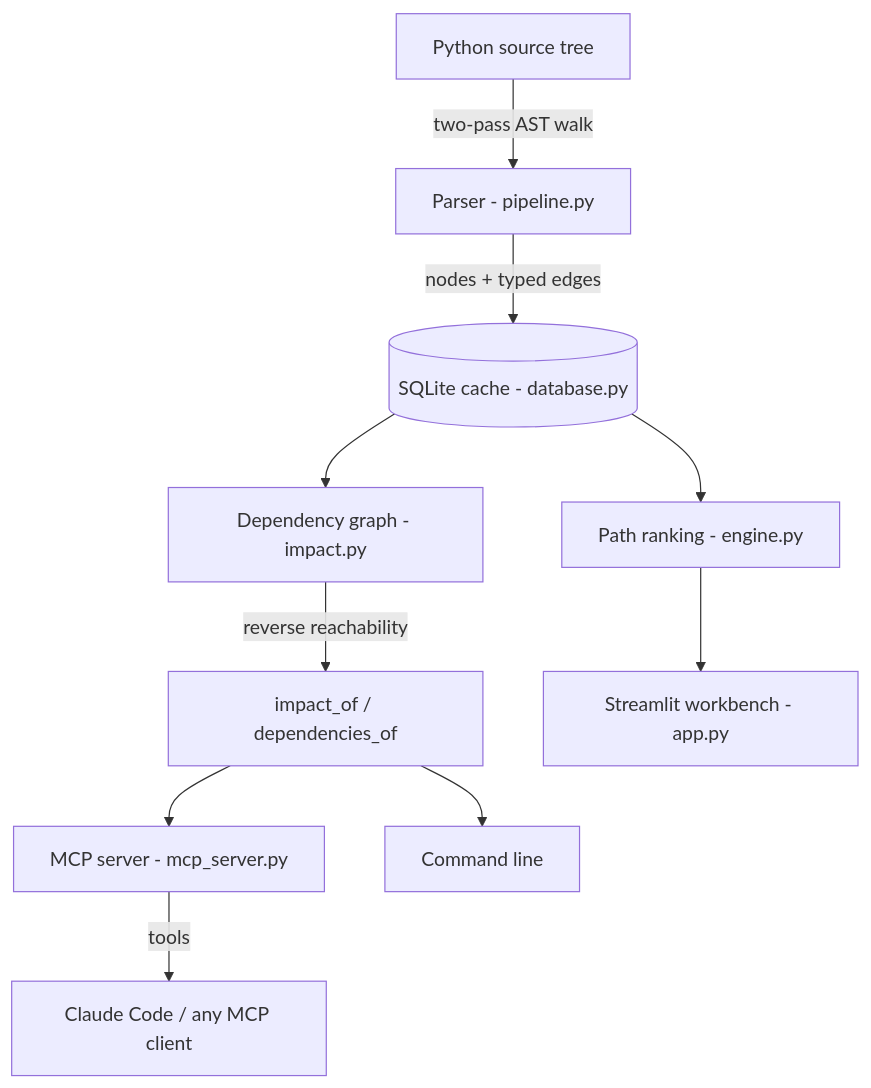
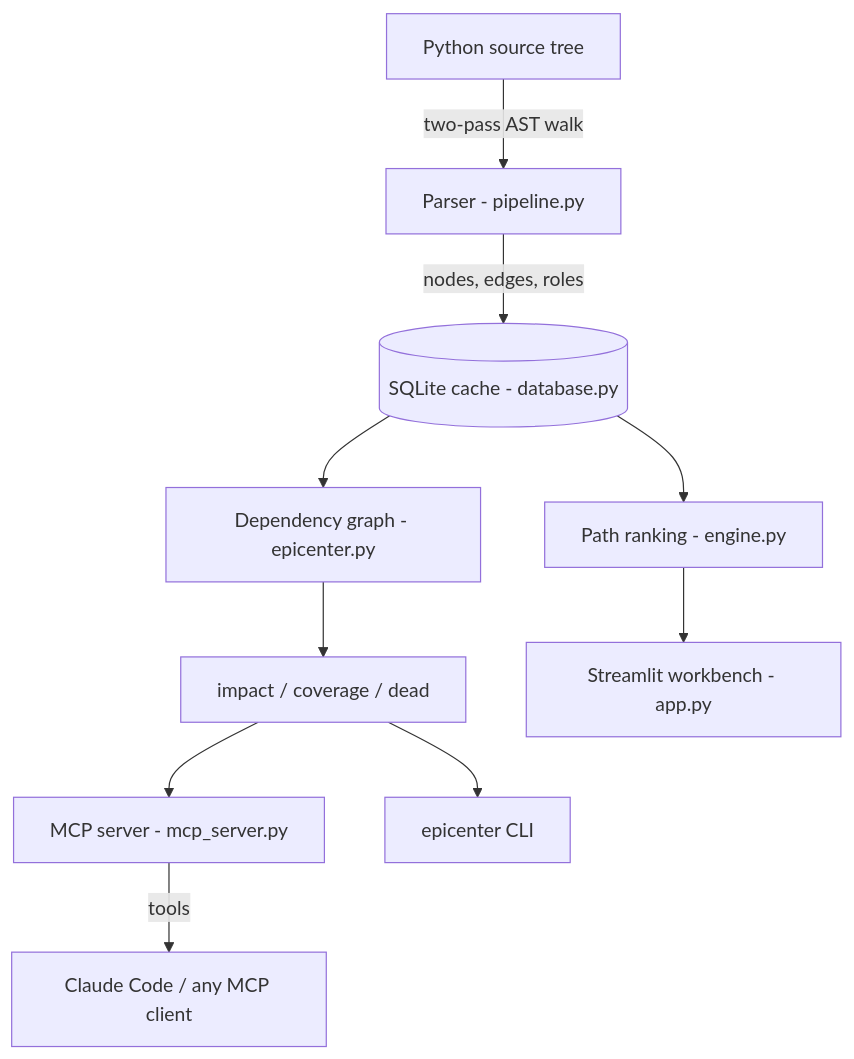
The diagram in README.md (mayankbhojwani/Discovery-Graph), drawn with Mermaid before and after one commit. The commit also changed other lines of this file and 9 other files, not shown here.

First line of the commit message:
Rename to Epicenter; add test coverage and dead code detection

````diff
--- a/README.md
+++ b/README.md
@@ -21,12 +65,12 @@
 ```mermaid
 graph TD
     Src[Python source tree] -->|two-pass AST walk| PL[Parser - pipeline.py]
-    PL -->|nodes + typed edges| DB[(SQLite cache - database.py)]
-    DB --> IM[Dependency graph - impact.py]
-    IM -->|reverse reachability| Q[impact_of / dependencies_of]
+    PL -->|nodes, edges, roles| DB[(SQLite cache - database.py)]
+    DB --> IM[Dependency graph - epicenter.py]
+    IM --> Q[impact / coverage / dead]
     Q --> MCP[MCP server - mcp_server.py]
-    Q --> CLI[Command line]
+    Q --> CLI[epicenter CLI]
     MCP -->|tools| AI[Claude Code / any MCP client]
     DB --> EG[Path ranking - engine.py]
     EG --> UI[Streamlit workbench - app.py]
 ```
````
